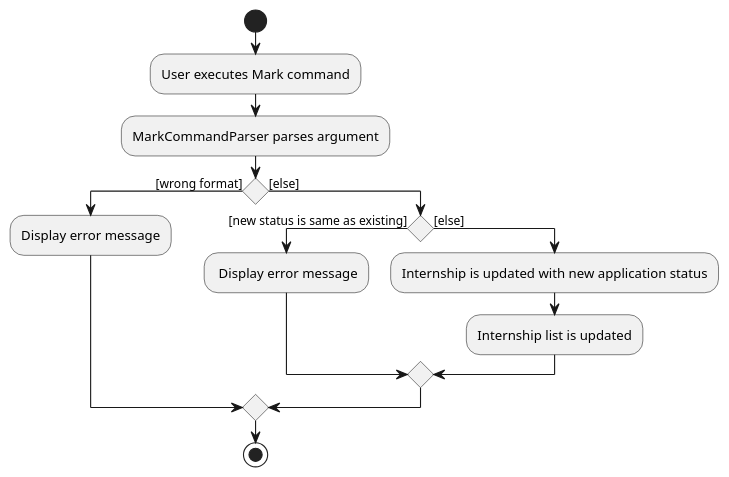
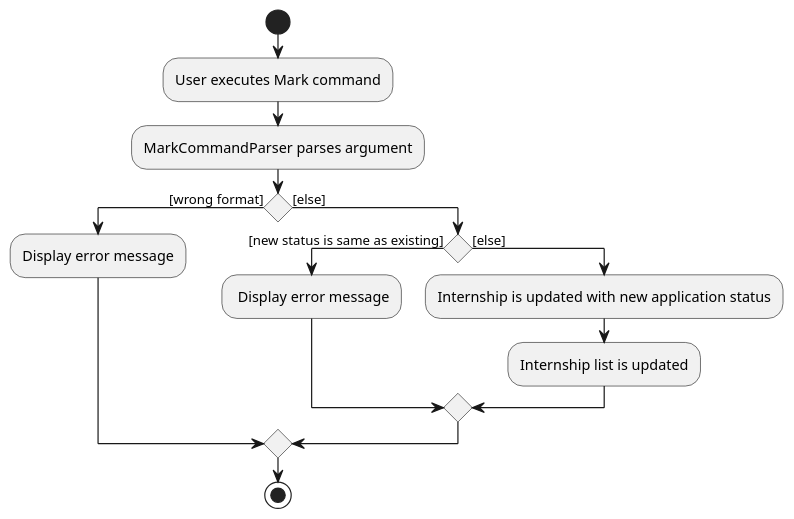
One commit to nus-cs2103-AY2223S1/tp changed the diagram in docs/diagrams/MarkCommandActivityDiagram.puml. Above: the diagram before and after it, drawn with PlantUML. The commit also changed 7 other files, not shown here.

Commit message:
Resize plant uml diagrams

```diff
--- a/docs/diagrams/MarkCommandActivityDiagram.puml
+++ b/docs/diagrams/MarkCommandActivityDiagram.puml
@@ -1,17 +1,17 @@
 @startuml
-scale 1.1
+scale 1.2
 start
 :User executes Mark command;
 :MarkCommandParser parses argument;
 if () then ([wrong format])
     :Display error message;
 else ([else])
     if () then ([new status is same as existing])
         : Display error message;
     else ([else])
         :Internship is updated with new application status;
         :Internship list is updated;
     endif
 endif
 stop
 @enduml
```
